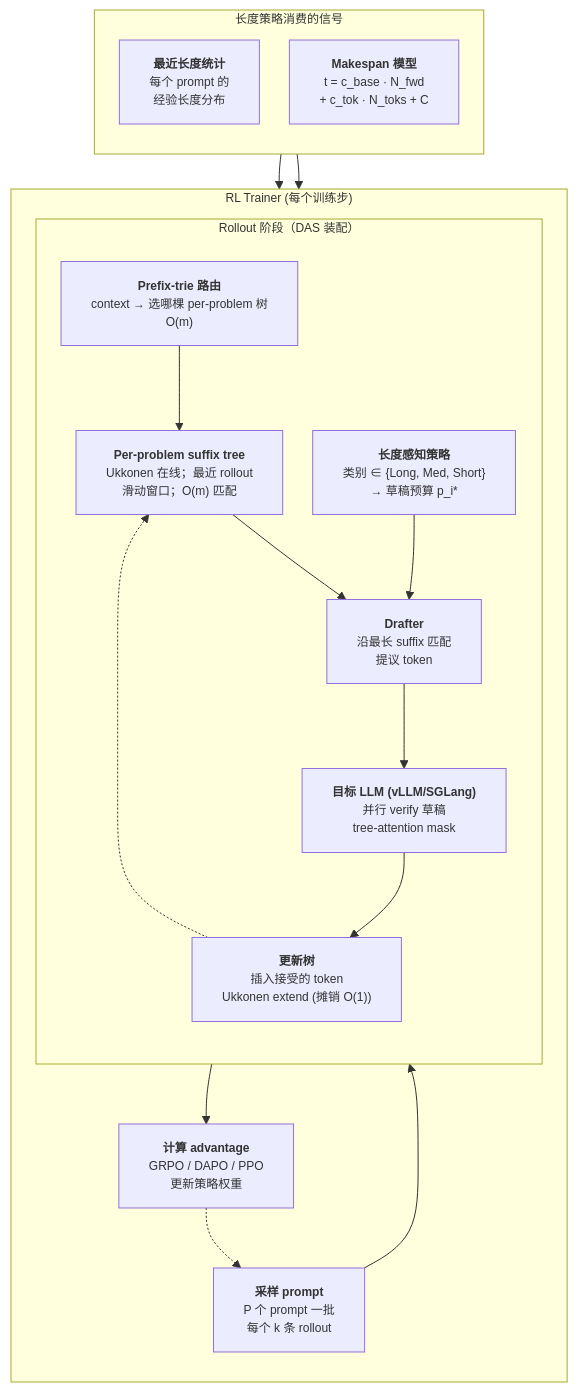
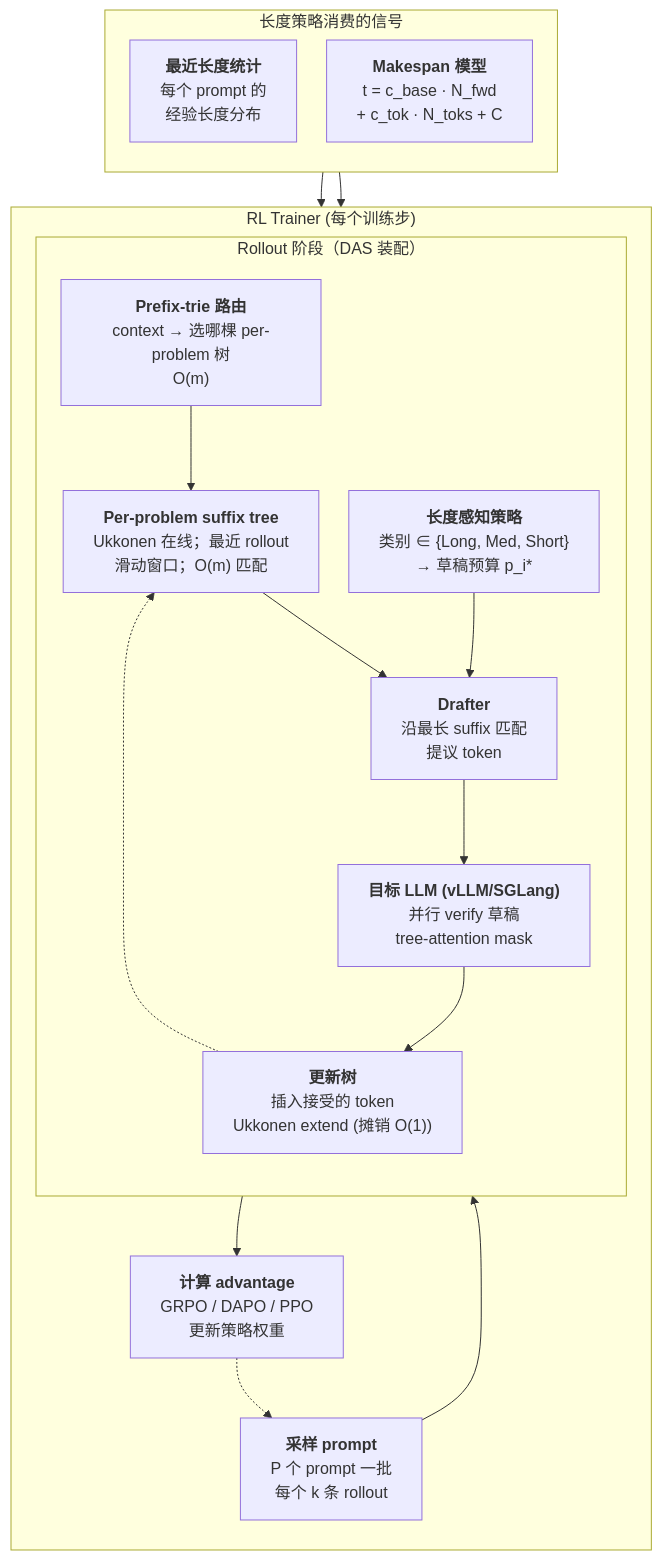
The diagram in CN/wiki/llm-inference/das-spec-rl.md (shikicloud/MLSys), drawn with Mermaid before and after one commit. The commit also changed 6 other files, not shown here.

First line of the commit message:
Fix Mermaid diagram rendering in dark mode

````diff
--- a/CN/wiki/llm-inference/das-spec-rl.md
+++ b/CN/wiki/llm-inference/das-spec-rl.md
@@ -83,36 +83,36 @@
 ```mermaid
-%%{init: {'theme':'default','flowchart':{'nodeSpacing':30,'rankSpacing':35,'curve':'basis'},'themeVariables':{'fontSize':'12px'}}}%%
+%%{init: {'flowchart':{'nodeSpacing':30,'rankSpacing':35,'curve':'basis'}}}%%
 flowchart TB
     subgraph Trainer["RL Trainer (每个训练步)"]
         direction TB
         SAMPLE["<b>采样 prompt</b><br/>P 个 prompt 一批<br/>每个 k 条 rollout"]
         GRAD["<b>计算 advantage</b><br/>GRPO / DAPO / PPO<br/>更新策略权重"]
         SAMPLE --> ROLLOUT
         ROLLOUT --> GRAD
         GRAD -.-> SAMPLE
     end
 
     subgraph ROLLOUT["Rollout 阶段（DAS 装配）"]
         direction TB
         ROUTE["<b>Prefix-trie 路由</b><br/>context → 选哪棵 per-problem 树<br/>O(m)"]
         TREE["<b>Per-problem suffix tree</b><br/>Ukkonen 在线；最近 rollout<br/>滑动窗口；O(m) 匹配"]
         BUDGET["<b>长度感知策略</b><br/>类别 ∈ {Long, Med, Short}<br/>→ 草稿预算 p_i*"]
         DRAFT["<b>Drafter</b><br/>沿最长 suffix 匹配<br/>提议 token"]
         VERIFY["<b>目标 LLM (vLLM/SGLang)</b><br/>并行 verify 草稿<br/>tree-attention mask"]
         UPDATE["<b>更新树</b><br/>插入接受的 token<br/>Ukkonen extend (摊销 O(1))"]
 
         ROUTE --> TREE --> DRAFT
         BUDGET --> DRAFT
         DRAFT --> VERIFY --> UPDATE
         UPDATE -.-> TREE
     end
 
     subgraph Signals["长度策略消费的信号"]
         direction TB
         HIST["<b>最近长度统计</b><br/>每个 prompt 的<br/>经验长度分布"]
         COST["<b>Makespan 模型</b><br/>t = c_base · N_fwd<br/>+ c_tok · N_toks + C"]
     end
 
     HIST --> BUDGET
     COST --> BUDGET
 ```
````
